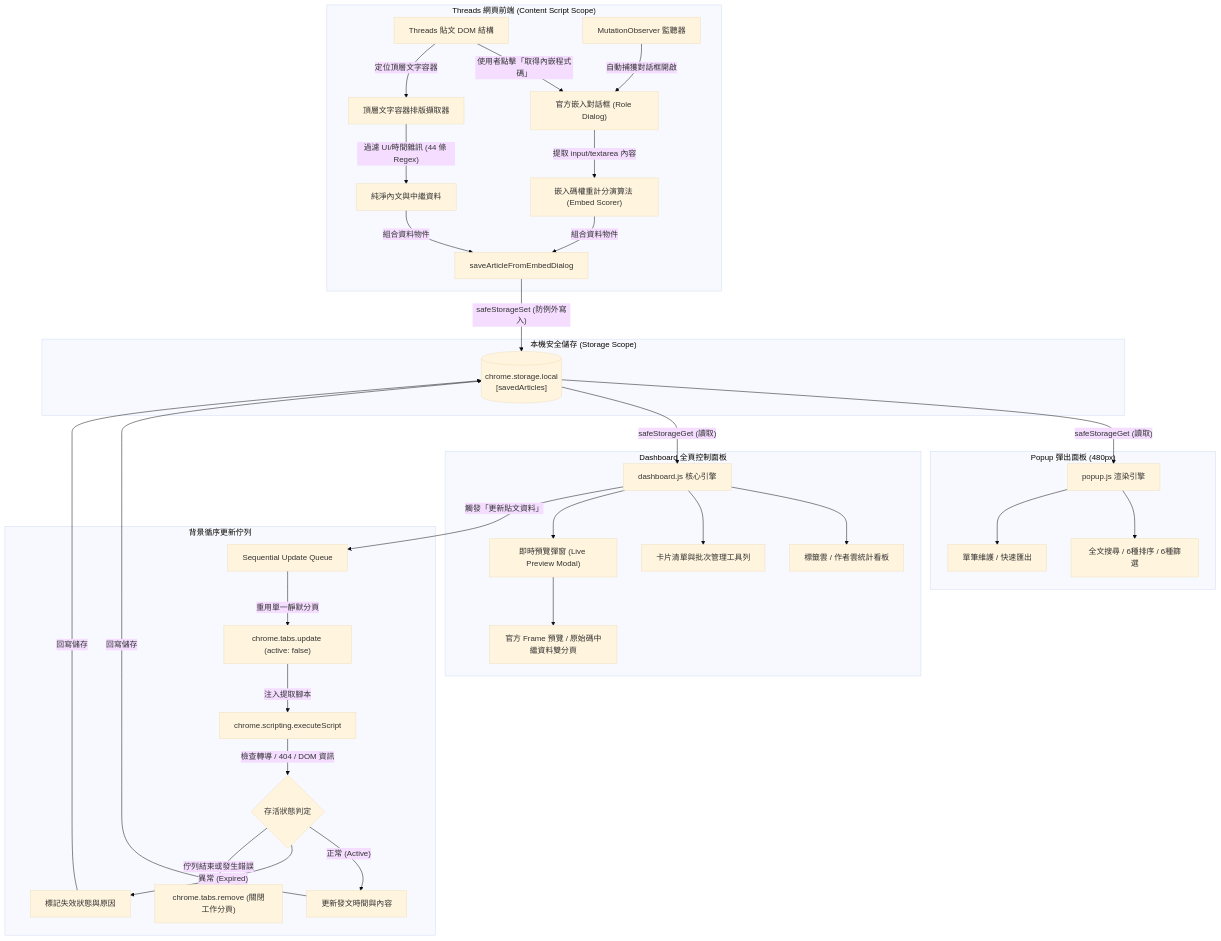
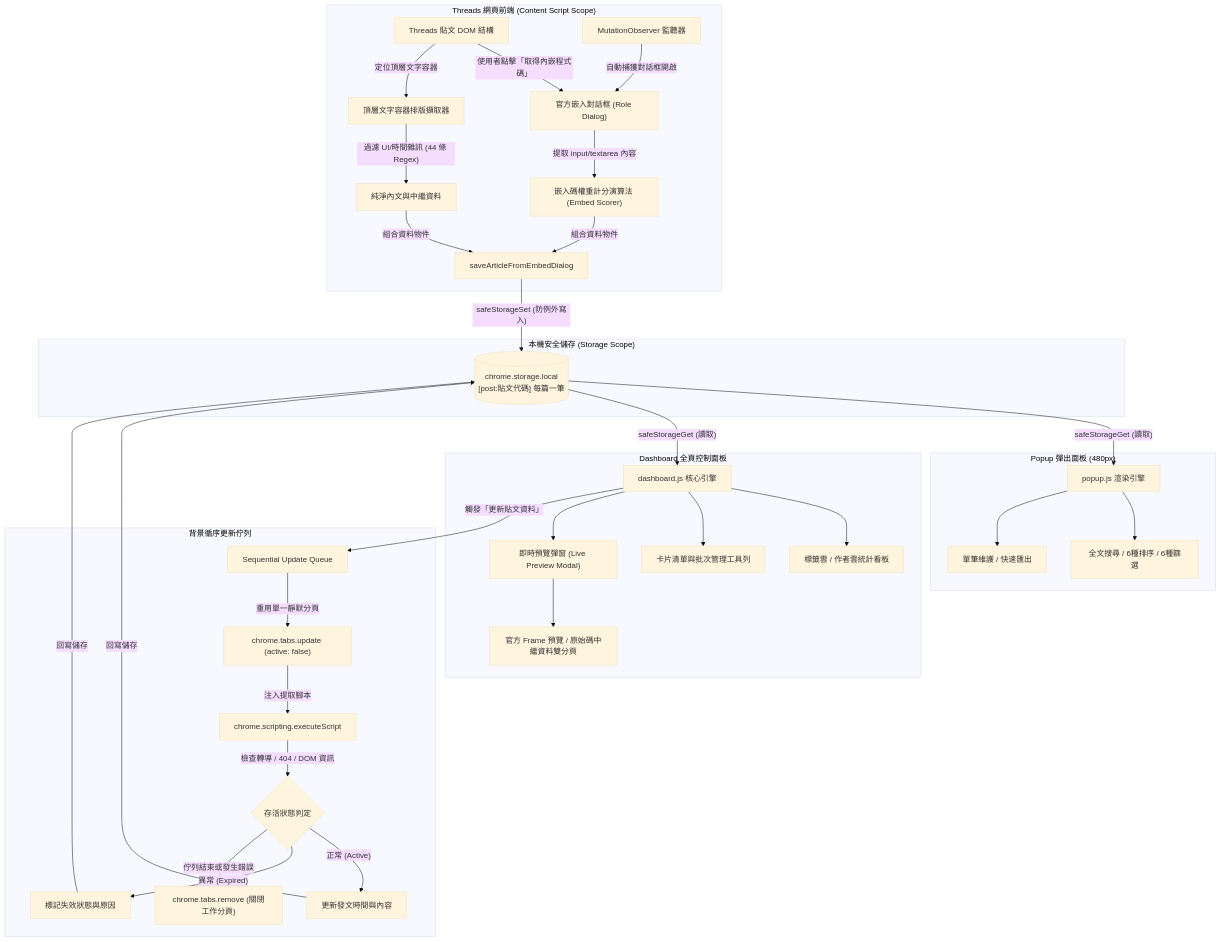
Before and after one commit to Scorpio-meow/Threadkeep: the first of 3 diagrams in README.md, drawn with Mermaid (base theme). The commit also changed other lines of this file and 14 other files, not shown here.

````diff
--- a/README.md
+++ b/README.md
@@ -325,40 +327,40 @@
 ```mermaid
 flowchart TD
     subgraph ClientThreadsPage["Threads 網頁前端 (Content Script Scope)"]
         A["Threads 貼文 DOM 結構"] -->|"使用者點擊「取得內嵌程式碼」"| B["官方嵌入對話框 (Role Dialog)"]
         C["MutationObserver 監聽器"] -->|"自動捕獲對話框開啟"| B
         B -->|"提取 input/textarea 內容"| D["嵌入碼權重計分演算法 (Embed Scorer)"]
         A -->|"定位頂層文字容器"| E["頂層文字容器排版擷取器"]
         E -->|"過濾 UI/時間雜訊 (44 條 Regex)"| F["純淨內文與中繼資料"]
         D & F -->|"組合資料物件"| G["saveArticleFromEmbedDialog"]
     end
 
     subgraph LocalDatabase["本機安全儲存 (Storage Scope)"]
-        G -->|"safeStorageSet (防例外寫入)"| H[("chrome.storage.local\n[savedArticles]")]
+        G -->|"safeStorageSet (防例外寫入)"| H[("chrome.storage.local\n[post:貼文代碼] 每篇一筆")]
     end
 
     subgraph PopupView["Popup 彈出面板 (480px)"]
         H -->|"safeStorageGet (讀取)"| I["popup.js 渲染引擎"]
         I --> J["全文搜尋 / 6種排序 / 6種篩選"]
         I --> K["單筆維護 / 快速匯出"]
     end
 
     subgraph DashboardView["Dashboard 全頁控制面板"]
         H -->|"safeStorageGet (讀取)"| L["dashboard.js 核心引擎"]
         L --> M["標籤雲 / 作者雲統計看板"]
         L --> N["卡片清單與批次管理工具列"]
         L --> O["即時預覽彈窗 (Live Preview Modal)"]
         O --> P["官方 Frame 預覽 / 原始碼中繼資料雙分頁"]
     end
 
     subgraph BackgroundQueue["背景循序更新佇列"]
         L -->|"觸發「更新貼文資料」"| Q["Sequential Update Queue"]
         Q -->|"重用單一靜默分頁"| R["chrome.tabs.update (active: false)"]
         R -->|"注入提取腳本"| S["chrome.scripting.executeScript"]
         S -->|"檢查轉導 / 404 / DOM 資訊"| T{"存活狀態判定"}
         T -->|"正常 (Active)"| U["更新發文時間與內容"]
         T -->|"異常 (Expired)"| V["標記失效狀態與原因"]
         U & V -->|"回寫儲存"| H
         T -->|"佇列結束或發生錯誤"| W["chrome.tabs.remove (關閉工作分頁)"]
     end
 ```
````
